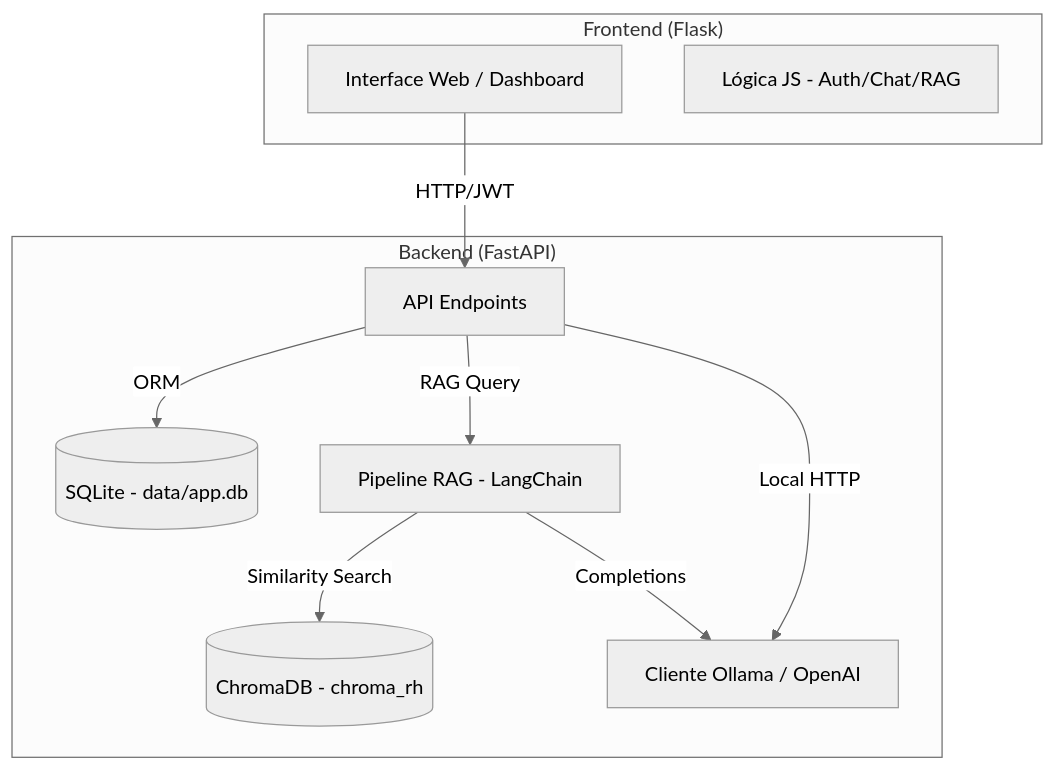
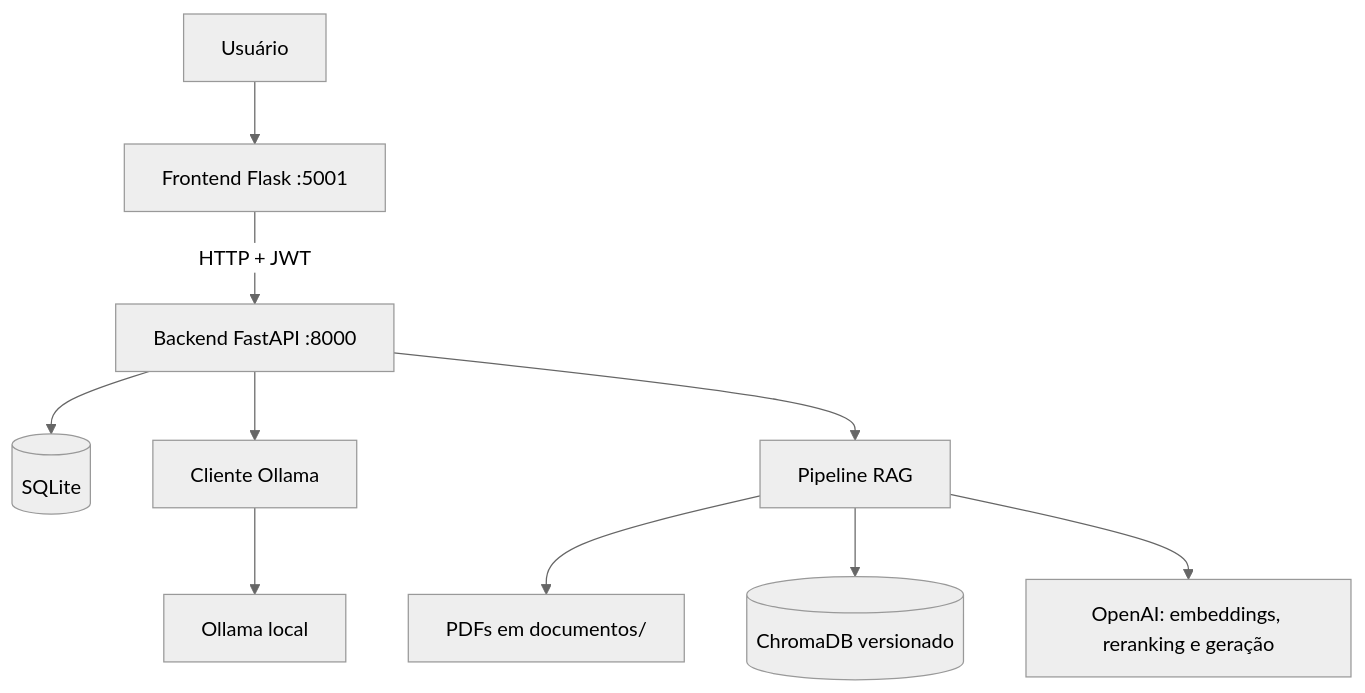
The diagram in projeto.md (armandossrecife/myapi2ai), drawn with Mermaid (neutral theme) before and after one commit. The commit also changed other lines of this file and 12 other files, not shown here.

````diff
--- a/projeto.md
+++ b/projeto.md
@@ -35,22 +39,14 @@
 ```mermaid
-graph TD
-    subgraph "Frontend (Flask)"
-        UI[Interface Web / Dashboard]
-        JS[Lógica JS - Auth/Chat/RAG]
-    end
+flowchart TD
+    U[Usuário] --> FE[Frontend Flask :5001]
+    FE -->|HTTP + JWT| API[Backend FastAPI :8000]
 
-    subgraph "Backend (FastAPI)"
-        API[API Endpoints]
-        RAG[Pipeline RAG - LangChain]
-        LLM[Cliente Ollama / OpenAI]
-        DB[(SQLite - data/app.db)]
-        VDB[(ChromaDB - chroma_rh)]
-    end
+    API --> SQL[(SQLite)]
+    API --> CHAT[Cliente Ollama]
+    CHAT --> OLLAMA[Ollama local]
 
-    UI -->|HTTP/JWT| API
-    API -->|ORM| DB
-    API -->|RAG Query| RAG
-    RAG -->|Similarity Search| VDB
-    RAG -->|Completions| LLM
-    API -->|Local HTTP| LLM
+    API --> RAG[Pipeline RAG]
+    RAG --> DOCS[PDFs em documentos/]
+    RAG --> VDB[(ChromaDB versionado)]
+    RAG --> OPENAI[OpenAI: embeddings, reranking e geração]
 ```
````
